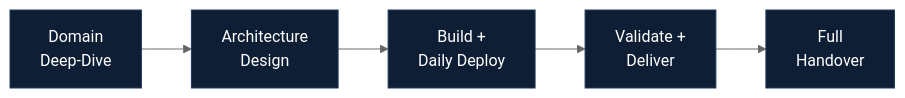
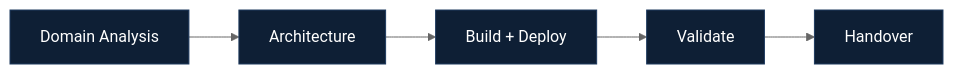
Before and after one commit to MinjungPark/MinjungPark: the first of 2 diagrams in README.md, drawn with Mermaid (neutral theme).

````diff
--- a/README.md
+++ b/README.md
@@ -45,12 +45,9 @@
 ```mermaid
 graph LR
-    A[Domain\nDeep-Dive] --> B[Architecture\nDesign]
-    B --> C[Build +\nDaily Deploy]
-    C --> D[Validate +\nDeliver]
-    D --> E[Full\nHandover]
+    A[Domain Analysis] --> B[Architecture] --> C[Build + Deploy] --> D[Validate] --> E[Handover]
     style A fill:#0e1f35,stroke:#1e3a5f,color:#fff
     style B fill:#0e1f35,stroke:#1e3a5f,color:#fff
     style C fill:#0e1f35,stroke:#1e3a5f,color:#fff
     style D fill:#0e1f35,stroke:#1e3a5f,color:#fff
     style E fill:#0e1f35,stroke:#1e3a5f,color:#fff
 ```
````
